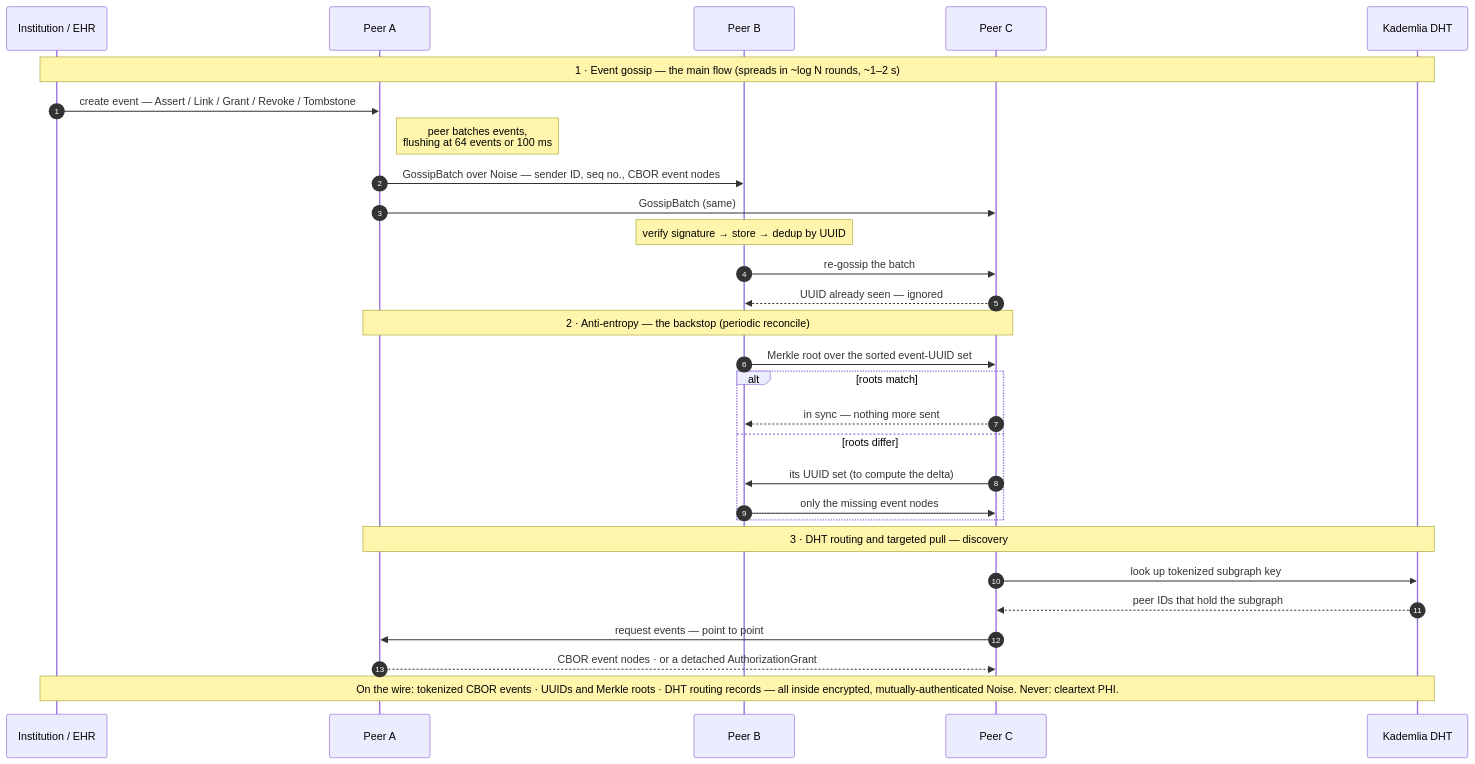
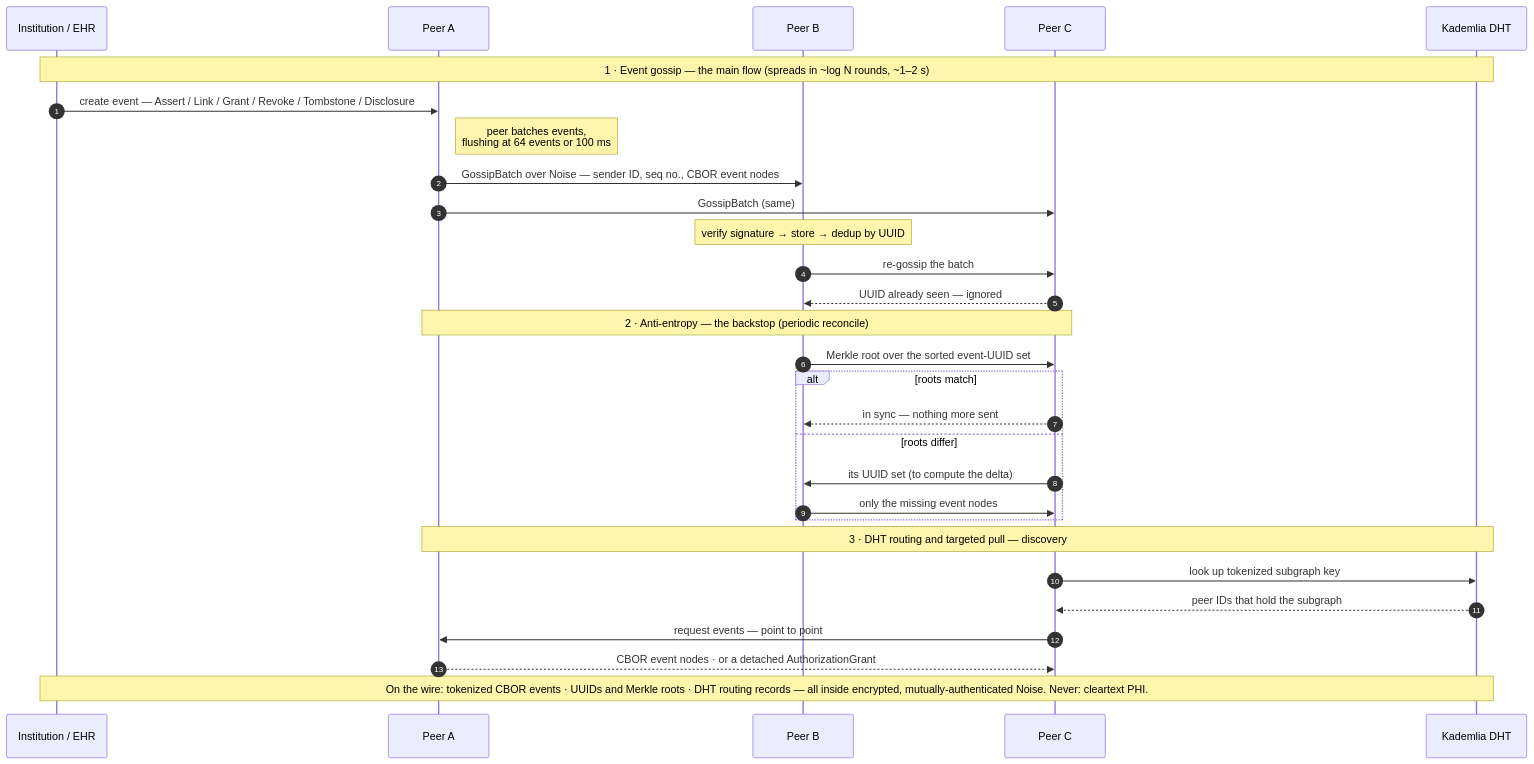
Before and after one commit to cushlabs/credara: the diagram in README.md, drawn with Mermaid. The commit also changed other lines of this file, not shown here.

````diff
--- a/README.md
+++ b/README.md
@@ -134,35 +144,35 @@
 ```mermaid
 sequenceDiagram
     autonumber
     participant EHR as Institution / EHR
     participant A as Peer A
     participant B as Peer B
     participant C as Peer C
     participant DHT as Kademlia DHT
 
     Note over EHR,DHT: 1 · Event gossip — the main flow (spreads in ~log N rounds, ~1–2 s)
-    EHR->>A: create event — Assert / Link / Grant / Revoke / Tombstone
+    EHR->>A: create event — Assert / Link / Grant / Revoke / Tombstone / Disclosure
     Note right of A: peer batches events,<br/>flushing at 64 events or 100 ms
     A->>B: GossipBatch over Noise — sender ID, seq no., CBOR event nodes
     A->>C: GossipBatch (same)
     Note over B: verify signature → store → dedup by UUID
     B->>C: re-gossip the batch
     C-->>B: UUID already seen — ignored
 
     Note over A,C: 2 · Anti-entropy — the backstop (periodic reconcile)
     B->>C: Merkle root over the sorted event-UUID set
     alt roots match
         C-->>B: in sync — nothing more sent
     else roots differ
         C->>B: its UUID set (to compute the delta)
         B->>C: only the missing event nodes
     end
 
     Note over A,DHT: 3 · DHT routing and targeted pull — discovery
     C->>DHT: look up tokenized subgraph key
     DHT-->>C: peer IDs that hold the subgraph
     C->>A: request events — point to point
     A-->>C: CBOR event nodes · or a detached AuthorizationGrant
 
     Note over EHR,DHT: On the wire: tokenized CBOR events · UUIDs and Merkle roots · DHT routing records — all inside encrypted, mutually-authenticated Noise. Never: cleartext PHI.
 ```
````
